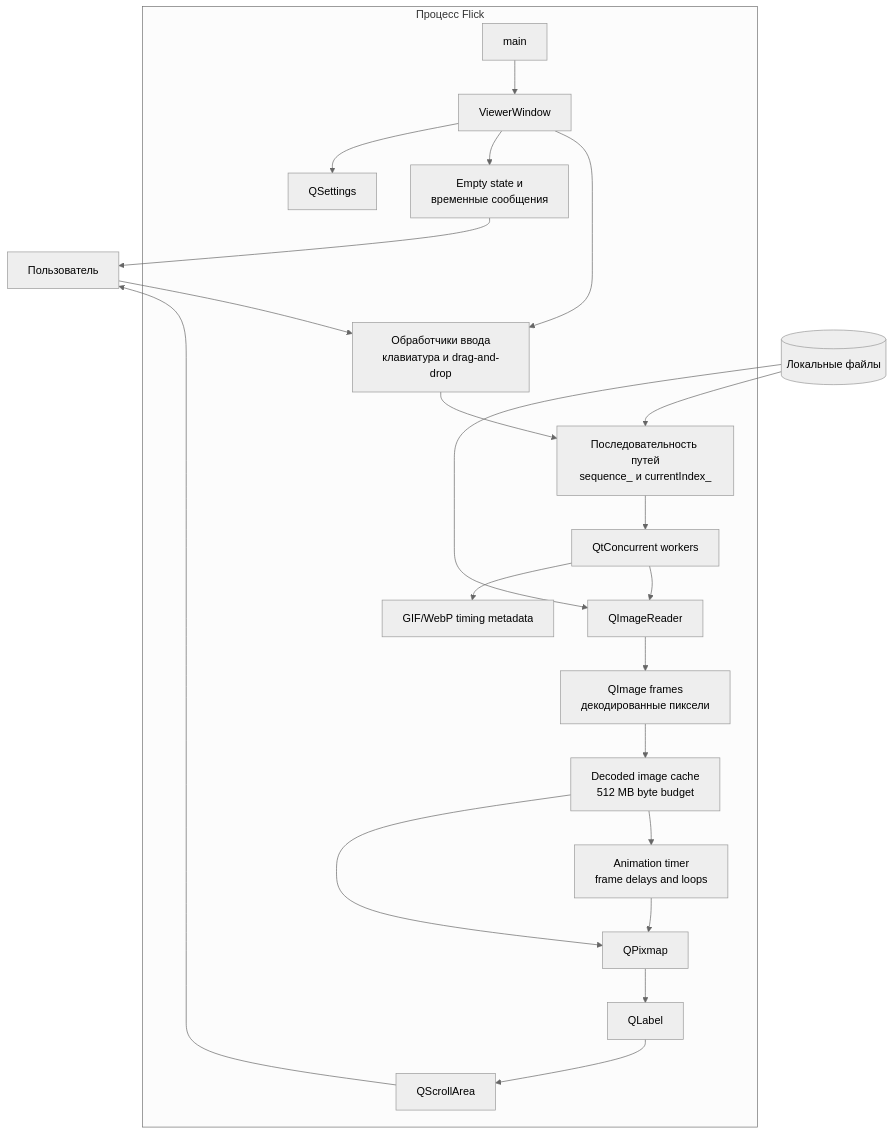
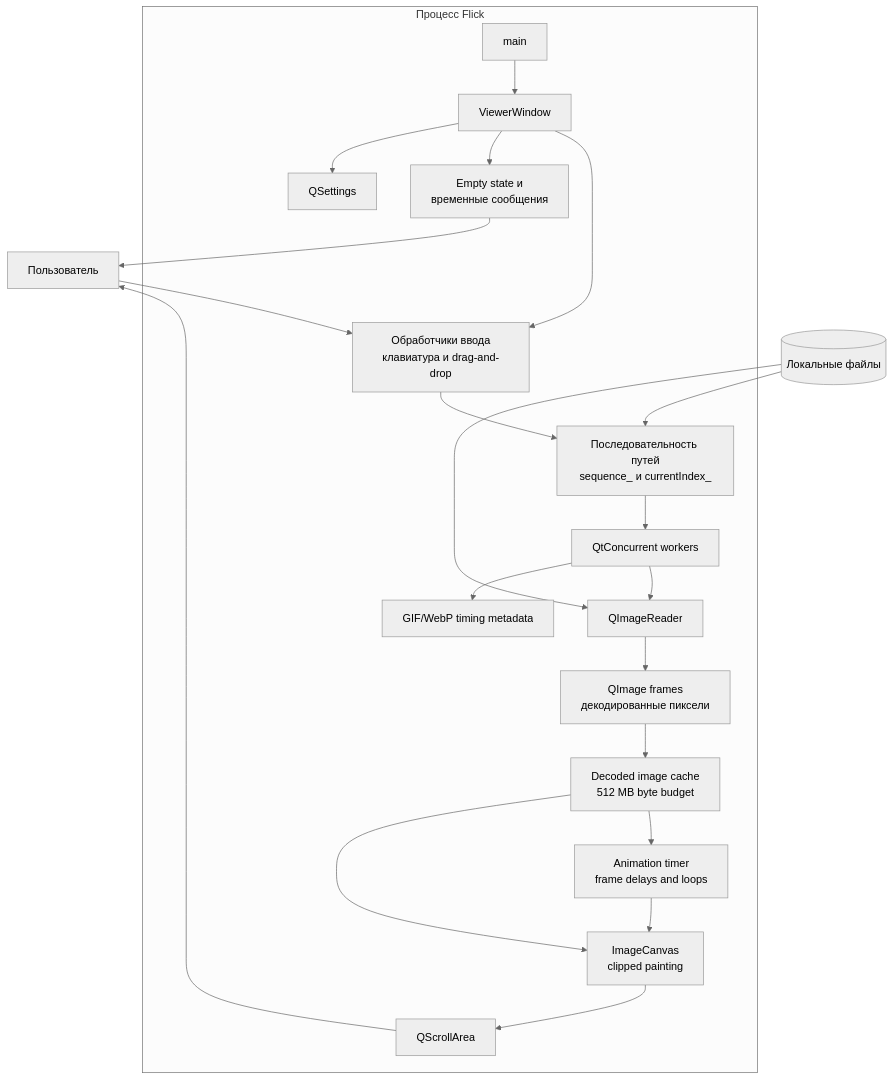
Before and after one commit to Lannselot/Flick: the first of 4 diagrams in docs/architecture.md, drawn with Mermaid (neutral theme). The commit also changed other lines of this file and 2 other files, not shown here.

Commit message:
Render only the visible image region

````diff
--- a/docs/architecture.md
+++ b/docs/architecture.md
@@ -8,44 +8,42 @@
 ```mermaid
 flowchart TB
     User[Пользователь]
 
     subgraph Flick[Процесс Flick]
         Main[main]
         Window[ViewerWindow]
         Input[Обработчики ввода<br/>клавиатура и drag-and-drop]
         Sequence[Последовательность путей<br/>sequence_ и currentIndex_]
         Workers[QtConcurrent workers]
         Reader[QImageReader]
         Metadata[GIF/WebP timing metadata]
         Cache[Decoded image cache<br/>512 MB byte budget]
         Image[QImage frames<br/>декодированные пиксели]
         Animation[Animation timer<br/>frame delays and loops]
-        Pixmap[QPixmap]
-        Label[QLabel]
+        Canvas[ImageCanvas<br/>clipped painting]
         Viewport[QScrollArea]
         Feedback[Empty state и<br/>временные сообщения]
         Settings[QSettings]
 
         Main --> Window
         Window --> Input
         Input --> Sequence
         Sequence --> Workers
         Workers --> Reader
         Workers --> Metadata
         Reader --> Image
         Image --> Cache
         Cache --> Animation
-        Animation --> Pixmap
-        Cache --> Pixmap
-        Pixmap --> Label
-        Label --> Viewport
+        Animation --> Canvas
+        Cache --> Canvas
+        Canvas --> Viewport
         Window --> Feedback
         Window --> Settings
     end
 
     Files[(Локальные файлы)] --> Sequence
     Files --> Reader
     User --> Input
     Viewport --> User
     Feedback --> User
 ```
````
